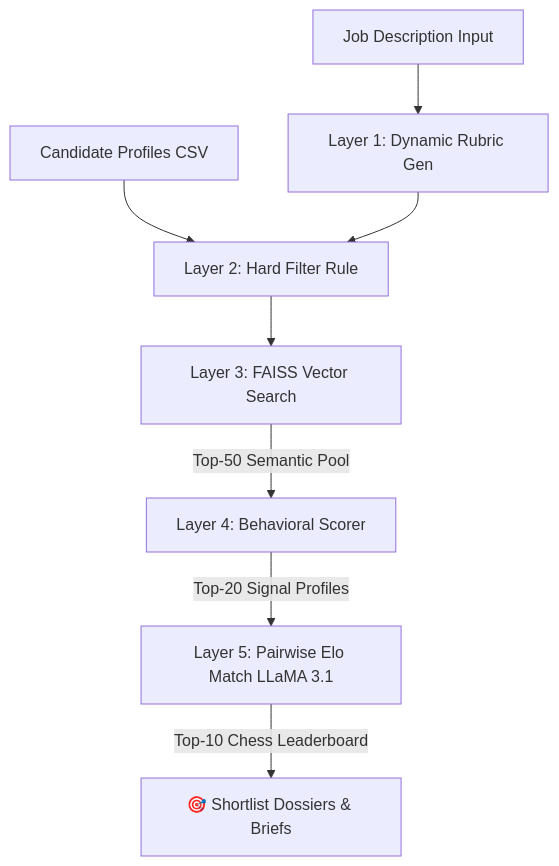
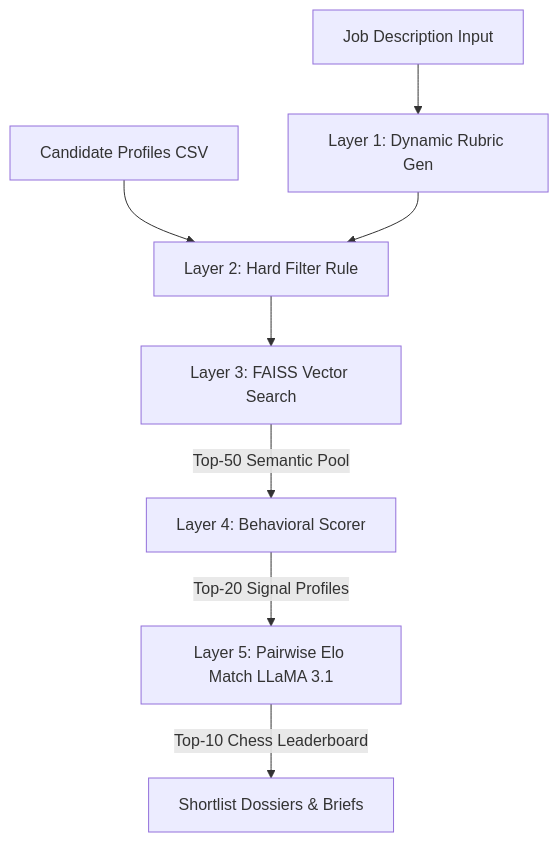
The diagram in README.md (89Aman/Talentlens), drawn with Mermaid before and after one commit. The commit also changed other lines of this file, not shown here.

````diff
--- a/README.md
+++ b/README.md
@@ -25,10 +25,10 @@
 ```mermaid
 graph TD
     A[Job Description Input] --> B[Layer 1: Dynamic Rubric Gen]
     C[Candidate Profiles CSV] --> D[Layer 2: Hard Filter Rule]
     B --> D
     D --> E[Layer 3: FAISS Vector Search]
     E -->|Top-50 Semantic Pool| F[Layer 4: Behavioral Scorer]
     F -->|Top-20 Signal Profiles| G[Layer 5: Pairwise Elo Match LLaMA 3.1]
-    G -->|Top-10 Chess Leaderboard| H[🎯 Shortlist Dossiers & Briefs]
+    G -->|Top-10 Chess Leaderboard| H[ Shortlist Dossiers & Briefs]
 ```
````
